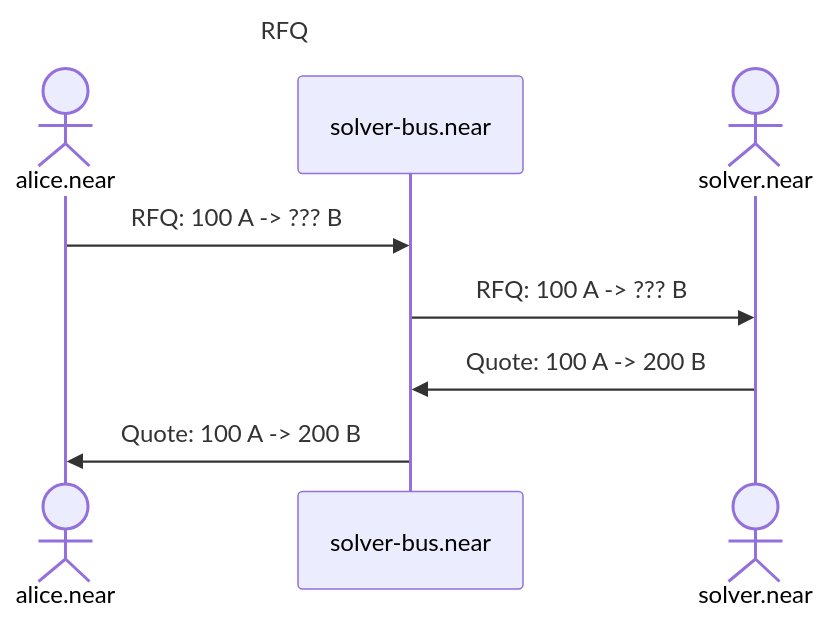
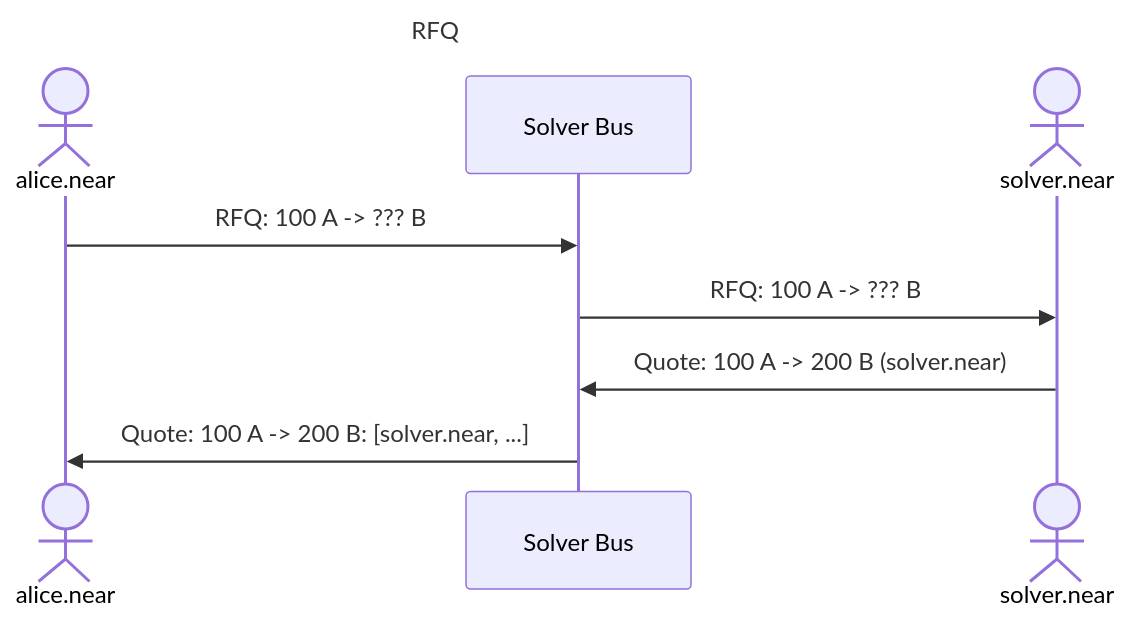
Before and after one commit to near/intents: the first of 4 diagrams in escrow/README.md, drawn with Mermaid. The commit also changed other lines of this file, not shown here.

````diff
--- a/escrow/README.md
+++ b/escrow/README.md
@@ -3,14 +3,14 @@
 ```mermaid
 ---
 title: RFQ
 ---
 sequenceDiagram
     Actor user as alice.near
-    Participant solverBus as solver-bus.near
+    Participant solverBus as Solver Bus
     Actor solver as solver.near
 
     user ->> solverBus: RFQ: 100 A -> ??? B
     solverBus ->> solver: RFQ: 100 A -> ??? B
-    solver ->> solverBus: Quote: 100 A -> 200 B
-    solverBus ->>user: Quote: 100 A -> 200 B
+    solver ->> solverBus: Quote: 100 A -> 200 B (solver.near)
+    solverBus ->>user: Quote: 100 A -> 200 B: [solver.near, ...]
 ```
````
